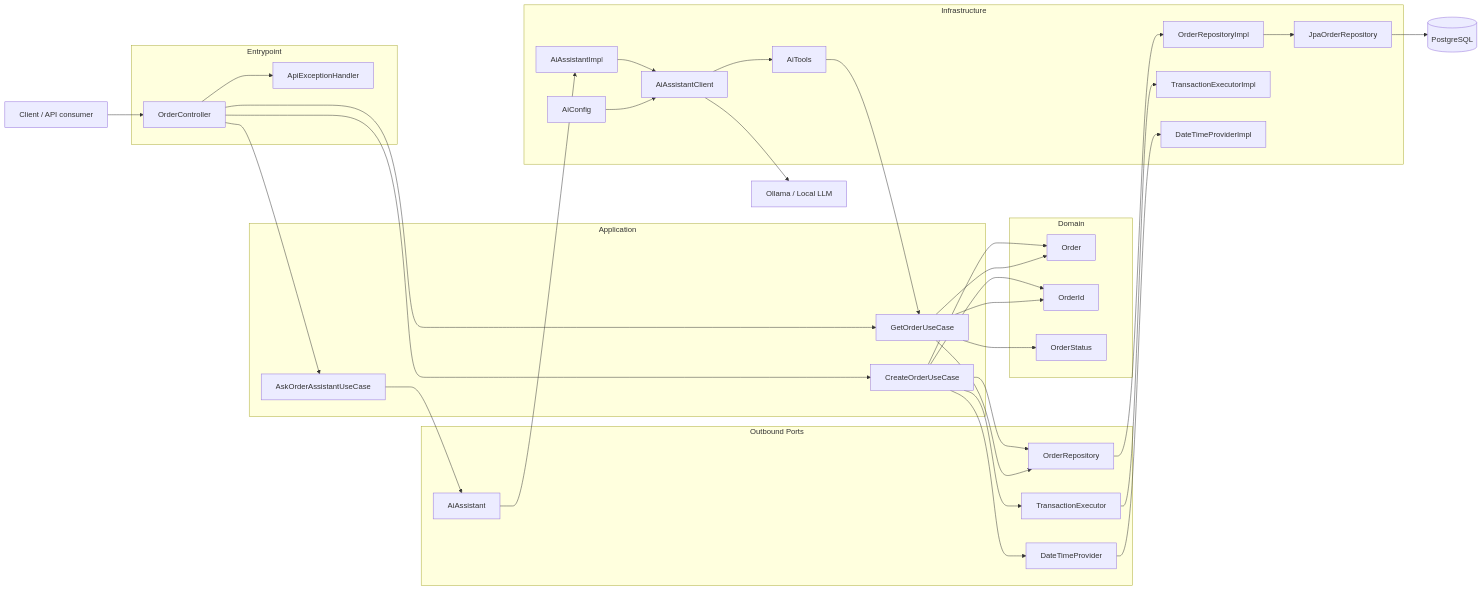
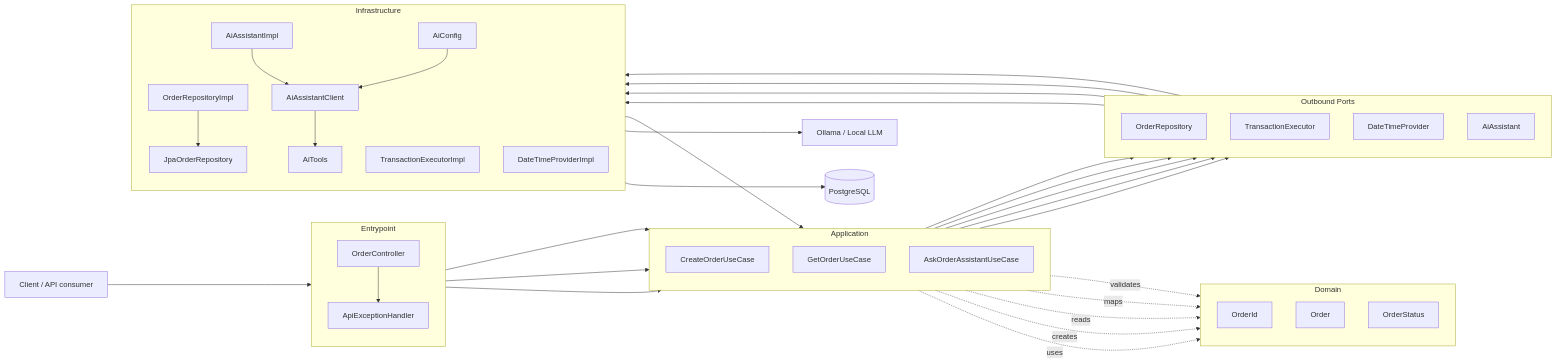
Before and after one commit to heitormon/order-chatbot: the first of 4 diagrams in docs/project-flow.md, drawn with Mermaid.

Commit message:
adjust docs

````diff
--- a/docs/project-flow.md
+++ b/docs/project-flow.md
@@ -7,74 +7,78 @@
 ```mermaid
 flowchart LR
     client["Client / API consumer"]
+    postgres[("PostgreSQL")]
+    ollama["Ollama / Local LLM"]
 
     subgraph entrypoint["Entrypoint"]
+        direction TB
         orderController["OrderController"]
         exceptionHandler["ApiExceptionHandler"]
     end
 
     subgraph application["Application"]
+        direction TB
         createUseCase["CreateOrderUseCase"]
         getUseCase["GetOrderUseCase"]
         askUseCase["AskOrderAssistantUseCase"]
     end
 
-    subgraph domain["Domain"]
-        order["Order"]
-        orderId["OrderId"]
-        orderStatus["OrderStatus"]
-    end
-
     subgraph outboundPorts["Outbound Ports"]
+        direction TB
         orderRepositoryPort["OrderRepository"]
         transactionPort["TransactionExecutor"]
         dateTimePort["DateTimeProvider"]
         aiPort["AiAssistant"]
     end
 
     subgraph infrastructure["Infrastructure"]
+        direction TB
         orderRepositoryImpl["OrderRepositoryImpl"]
         jpaOrderRepository["JpaOrderRepository"]
         transactionExecutor["TransactionExecutorImpl"]
         dateTimeProvider["DateTimeProviderImpl"]
         aiAssistantImpl["AiAssistantImpl"]
         aiClient["AiAssistantClient"]
         aiTools["AiTools"]
         aiConfig["AiConfig"]
     end
 
-    postgres[("PostgreSQL")]
-    ollama["Ollama / Local LLM"]
+    subgraph domain["Domain"]
+        direction TB
+        orderId["OrderId"]
+        order["Order"]
+        orderStatus["OrderStatus"]
+    end
 
     client --> orderController
     orderController --> createUseCase
     orderController --> getUseCase
     orderController --> askUseCase
     orderController --> exceptionHandler
 
+    createUseCase --> orderRepositoryPort
+    getUseCase --> orderRepositoryPort
+    askUseCase --> aiPort
     createUseCase --> transactionPort
     createUseCase --> dateTimePort
-    createUseCase --> orderRepositoryPort
-    createUseCase --> order
-    createUseCase --> orderId
-
-    getUseCase --> orderRepositoryPort
-    getUseCase --> orderId
-    getUseCase --> order
-    getUseCase --> orderStatus
-
-    askUseCase --> aiPort
-    aiPort --> aiAssistantImpl
-    aiAssistantImpl --> aiClient
-    aiClient --> ollama
-    aiClient --> aiTools
-    aiTools --> getUseCase
 
     orderRepositoryPort --> orderRepositoryImpl
     orderRepositoryImpl --> jpaOrderRepository
     jpaOrderRepository --> postgres
 
     transactionPort --> transactionExecutor
     dateTimePort --> dateTimeProvider
+
+    aiPort --> aiAssistantImpl
+    aiAssistantImpl --> aiClient
     aiConfig --> aiClient
+    aiClient --> ollama
+    aiClient --> aiTools
+    aiTools --> getUseCase
+
+    createUseCase -. uses .-> orderId
+    createUseCase -. creates .-> order
+    getUseCase -. reads .-> order
+    getUseCase -. maps .-> orderStatus
+    getUseCase -. validates .-> orderId
 ```
````
